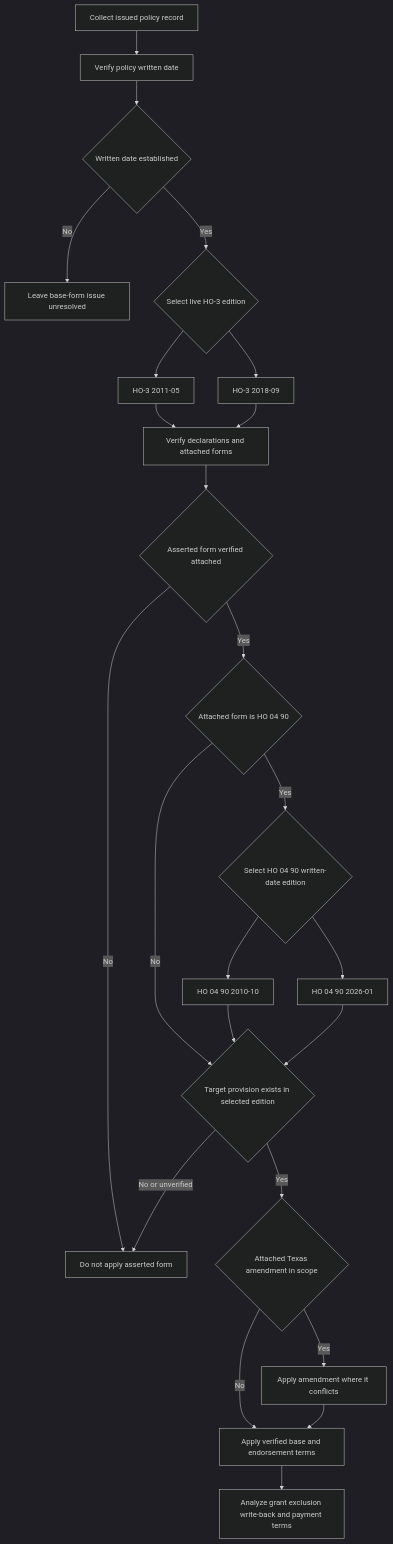
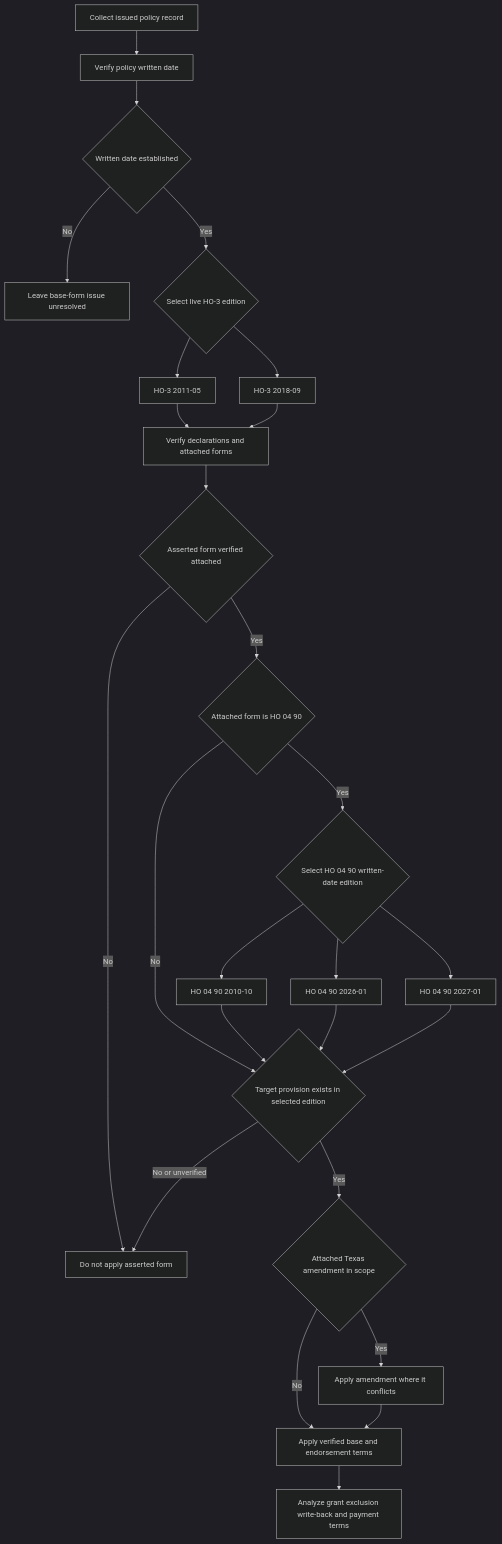
Before and after one commit to eugeneliu-86/openwiki-insurance-corpus: the diagram in openwiki/coverage/policy-editions-and-governing-forms.md, drawn with Mermaid (dark theme). The commit also changed other lines of this file and 29 other files, not shown here.

````diff
--- a/openwiki/coverage/policy-editions-and-governing-forms.md
+++ b/openwiki/coverage/policy-editions-and-governing-forms.md
@@ -77,26 +80,28 @@
 ```mermaid
 flowchart TD
     Record["Collect issued policy record"] --> Written["Verify policy written date"]
     Written --> Known{"Written date established"}
     Known -- "No" --> Hold["Leave base-form issue unresolved"]
     Known -- "Yes" --> Edition{"Select live HO-3 edition"}
     Edition --> Old["HO-3 2011-05"]
     Edition --> New["HO-3 2018-09"]
     Old --> Attach["Verify declarations and attached forms"]
     New --> Attach
     Attach --> Attached{"Asserted form verified attached"}
     Attached -- "No" --> Exclude["Do not apply asserted form"]
     Attached -- "Yes" --> Water{"Attached form is HO 04 90"}
     Water -- "Yes" --> WaterEdition{"Select HO 04 90 written-date edition"}
     WaterEdition --> Water2010["HO 04 90 2010-10"]
     WaterEdition --> Water2026["HO 04 90 2026-01"]
+    WaterEdition --> Water2027["HO 04 90 2027-01"]
     Water -- "No" --> Match{"Target provision exists in selected edition"}
     Water2010 --> Match
     Water2026 --> Match
+    Water2027 --> Match
     Match -- "No or unverified" --> Exclude
     Match -- "Yes" --> Texas{"Attached Texas amendment in scope"}
     Texas -- "No" --> Terms["Apply verified base and endorsement terms"]
     Texas -- "Yes" --> Conflict["Apply amendment where it conflicts"]
     Conflict --> Terms
     Terms --> Analysis["Analyze grant exclusion write-back and payment terms"]
 ```
````
